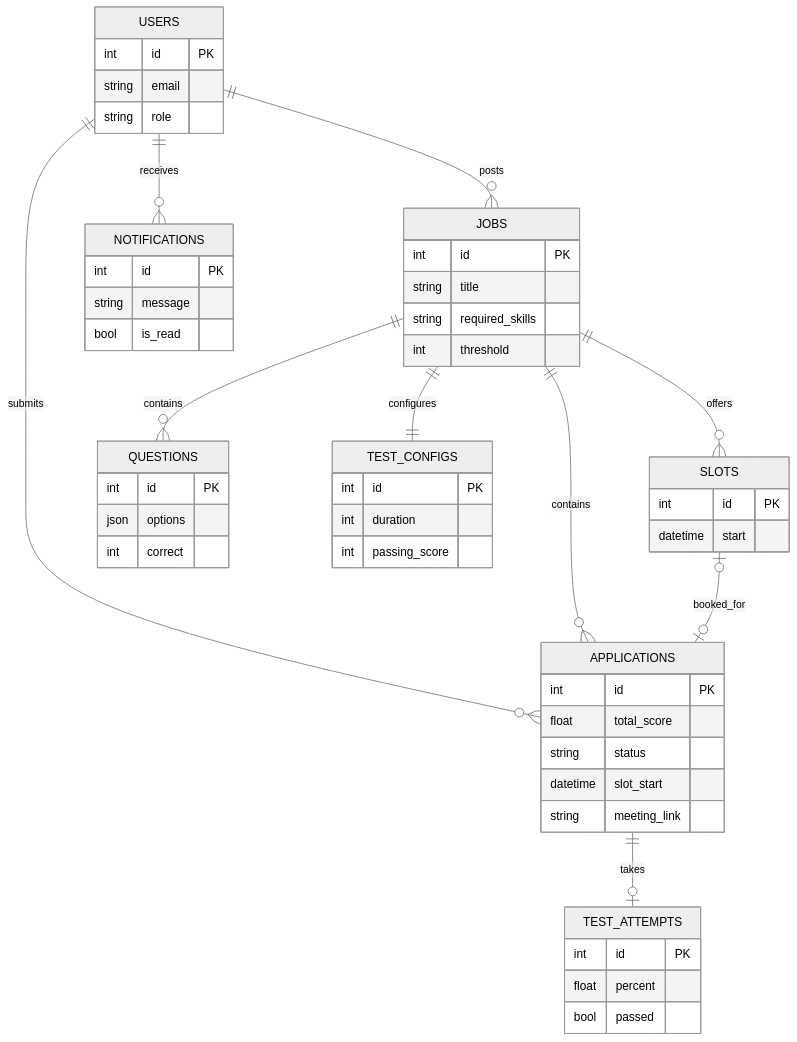
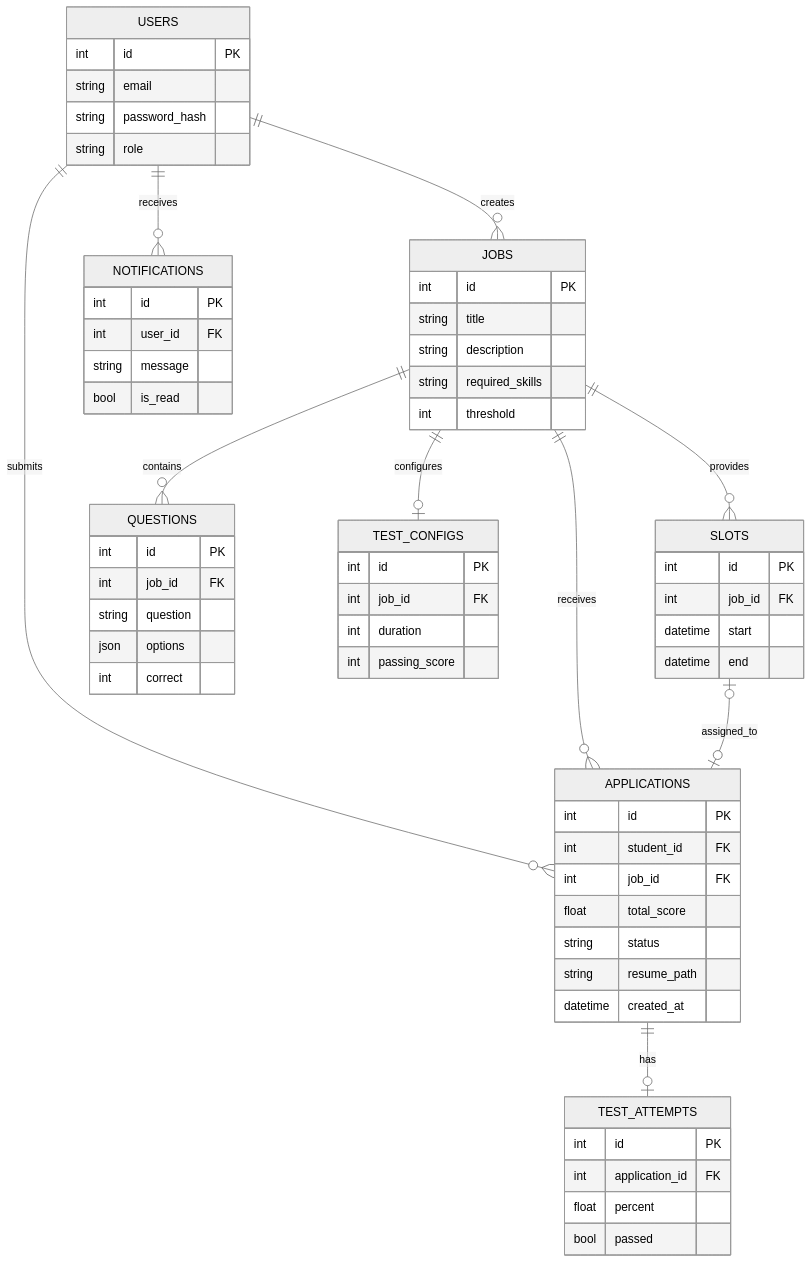
The fourth of 5 diagrams in README.md (Mysteriousboy727/Hr_Evaluator), drawn with Mermaid (neutral theme) before and after one commit. The commit also changed other lines of this file, not shown here.

````diff
--- a/README.md
+++ b/README.md
@@ -297,65 +337,75 @@
 ```mermaid
 erDiagram
-
-    USERS ||--o{ JOBS : posts
+    USERS ||--o{ JOBS : creates
     USERS ||--o{ APPLICATIONS : submits
     USERS ||--o{ NOTIFICATIONS : receives
 
-    JOBS ||--o{ APPLICATIONS : contains
-    JOBS ||--o{ SLOTS : offers
+    JOBS ||--o{ APPLICATIONS : receives
+    JOBS ||--o{ SLOTS : provides
     JOBS ||--o{ QUESTIONS : contains
-    JOBS ||--|| TEST_CONFIGS : configures
+    JOBS ||--o| TEST_CONFIGS : configures
 
-    APPLICATIONS ||--o| TEST_ATTEMPTS : takes
-    SLOTS |o--o| APPLICATIONS : booked_for
+    APPLICATIONS ||--o| TEST_ATTEMPTS : has
+    SLOTS o|--o| APPLICATIONS : assigned_to
 
     USERS {
         int id PK
         string email
+        string password_hash
         string role
     }
 
     JOBS {
         int id PK
         string title
+        string description
         string required_skills
         int threshold
     }
 
     APPLICATIONS {
         int id PK
+        int student_id FK
+        int job_id FK
         float total_score
         string status
-        datetime slot_start
-        string meeting_link
+        string resume_path
+        datetime created_at
     }
 
     QUESTIONS {
         int id PK
+        int job_id FK
+        string question
         json options
         int correct
     }
 
     TEST_CONFIGS {
         int id PK
+        int job_id FK
         int duration
         int passing_score
     }
 
     TEST_ATTEMPTS {
         int id PK
+        int application_id FK
         float percent
         bool passed
     }
 
     SLOTS {
         int id PK
+        int job_id FK
         datetime start
+        datetime end
     }
 
     NOTIFICATIONS {
         int id PK
+        int user_id FK
         string message
         bool is_read
     }
 ```
````
